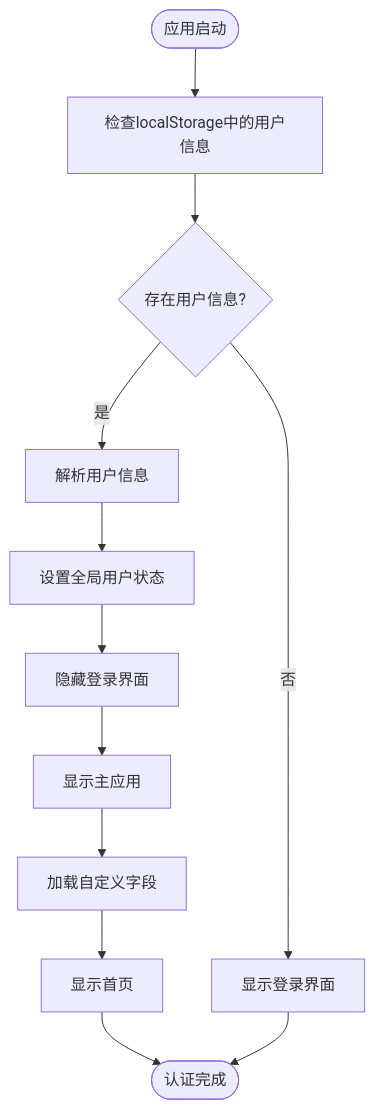
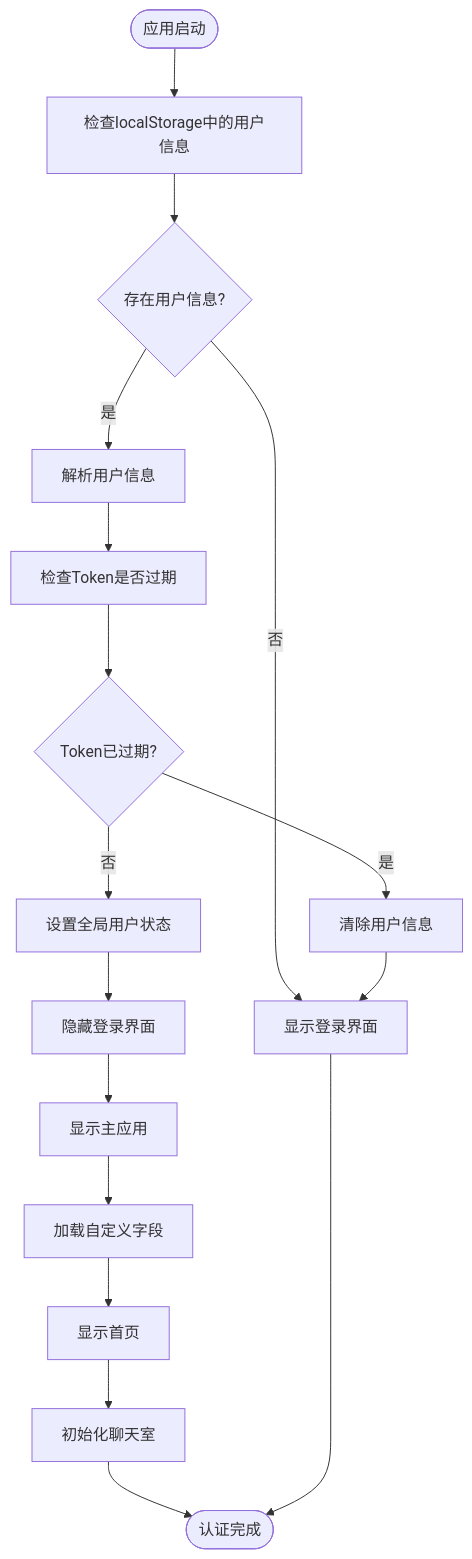
Before and after one commit to qq20739111/weilushishe-lishitai: the second of 28 diagrams in .qoder/repowiki/zh/content/Web界面/JavaScript交互逻辑/用户认证系统.md, drawn with Mermaid. The commit also changed other lines of this file and 23 other files, not shown here.

````diff
--- a/.qoder/repowiki/zh/content/Web界面/JavaScript交互逻辑/用户认证系统.md
+++ b/.qoder/repowiki/zh/content/Web界面/JavaScript交互逻辑/用户认证系统.md
@@ -83,14 +108,19 @@
 ```mermaid
 flowchart TD
 Start([应用启动]) --> CheckStorage["检查localStorage中的用户信息"]
 CheckStorage --> HasUser{"存在用户信息?"}
 HasUser --> |是| ParseUser["解析用户信息"]
 HasUser --> |否| ShowLogin["显示登录界面"]
-ParseUser --> SetCurrentUser["设置全局用户状态"]
+ParseUser --> CheckToken["检查Token是否过期"]
+CheckToken --> IsExpired{"Token已过期?"}
+IsExpired --> |是| ClearUser["清除用户信息"]
+IsExpired --> |否| SetCurrentUser["设置全局用户状态"]
+ClearUser --> ShowLogin
 SetCurrentUser --> HideLogin["隐藏登录界面"]
 HideLogin --> ShowMain["显示主应用"]
 ShowMain --> LoadData["加载自定义字段"]
 LoadData --> ShowHome["显示首页"]
-ShowHome --> End([认证完成])
+ShowHome --> InitChat["初始化聊天室"]
+InitChat --> End([认证完成])
 ShowLogin --> End
 ```
````
